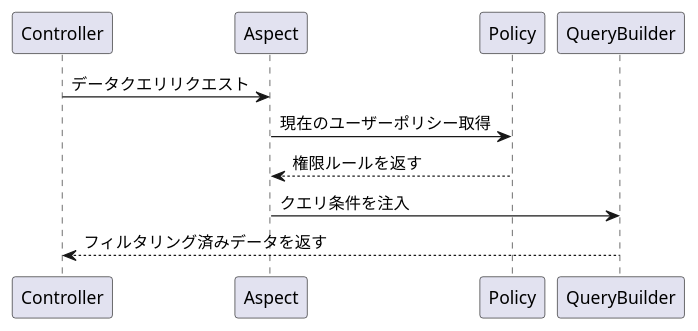
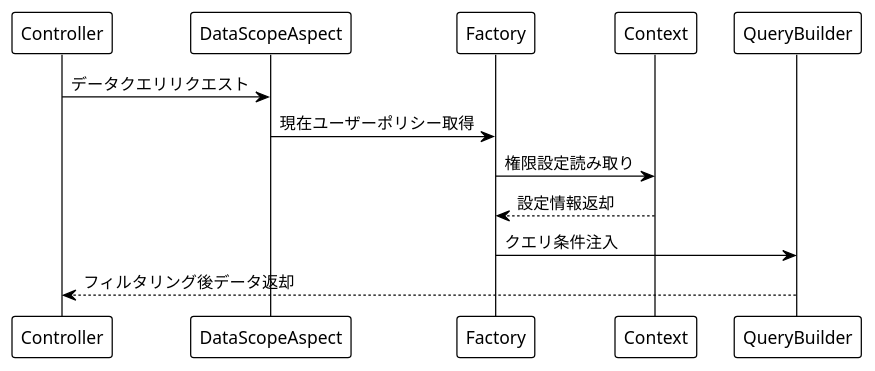
Before and after one commit to mineadmin/doc-v3: the third of 3 diagrams in docs/ja/backend/data-permission/overview.md, drawn with PlantUML. The commit also changed other lines of this file and 225 other files, not shown here.

````diff
--- a/docs/ja/backend/data-permission/overview.md
+++ b/docs/ja/backend/data-permission/overview.md
@@ -90,14 +307,18 @@
 ```plantuml
 @startuml
+!theme plain
+
 participant Controller
-participant Aspect
-participant Policy
+participant DataScopeAspect  
+participant Factory
+participant Context
 participant QueryBuilder
 
-Controller -> Aspect: データクエリリクエスト
-Aspect -> Policy: 現在のユーザーポリシー取得
-Policy --> Aspect: 権限ルールを返す
-Aspect -> QueryBuilder: クエリ条件を注入
-QueryBuilder --> Controller: フィルタリング済みデータを返す
+Controller -> DataScopeAspect: データクエリリクエスト
+DataScopeAspect -> Factory: 現在ユーザーポリシー取得
+Factory -> Context: 権限設定読み取り
+Context --> Factory: 設定情報返却
+Factory -> QueryBuilder: クエリ条件注入
+QueryBuilder --> Controller: フィルタリング後データ返却
 @enduml
 ```
````
